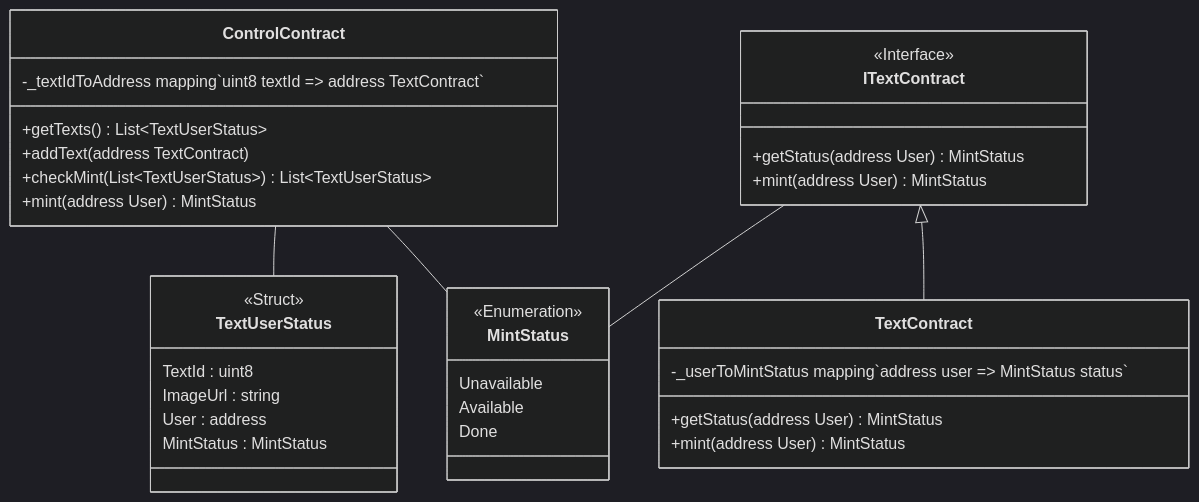
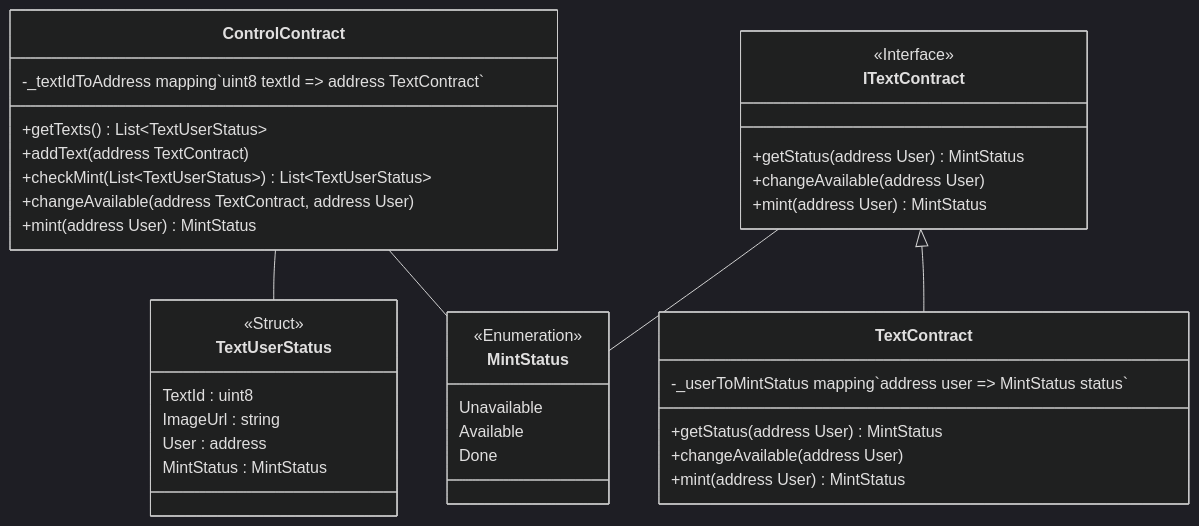
One commit to honganji/NFT-Distribution-daigram changed the third of 3 diagrams in NFT-distribution-diagram.md. Above: the diagram before and after it, drawn with Mermaid (dark theme).

Commit message:
add changeAvailable

````diff
--- a/NFT-distribution-diagram.md
+++ b/NFT-distribution-diagram.md
@@ -47,42 +47,45 @@
 ```mermaid
 classDiagram
     ControlContract -- MintStatus
     ControlContract -- TextUserStatus
     ITextContract <|-- TextContract
     ITextContract -- MintStatus
 
     class ControlContract {
         -_textIdToAddress mapping`uint8 textId => address TextContract`
         +getTexts() List~TextUserStatus~
         +addText(address TextContract)
         +checkMint(List~TextUserStatus~) List~TextUserStatus~
+        +changeAvailable(address TextContract, address User)
         +mint(address User) MintStatus
     }
 
     class ITextContract {
         <<Interface>>
         +getStatus(address User) MintStatus
+        +changeAvailable(address User)
         +mint(address User) MintStatus
     }
 
     class TextContract {
         -_userToMintStatus mapping`address user => MintStatus status`
         +getStatus(address User) MintStatus
+        +changeAvailable(address User)
         +mint(address User) MintStatus
     }
 
     class MintStatus {
         <<Enumeration>>
         Unavailable
         Available
         Done
     }
 
     class TextUserStatus {
         <<Struct>>
         TextId : uint8
         ImageUrl : string
         User : address
         MintStatus : MintStatus
     }
 ```
````
